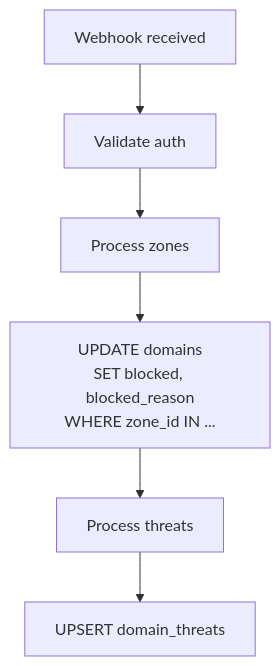
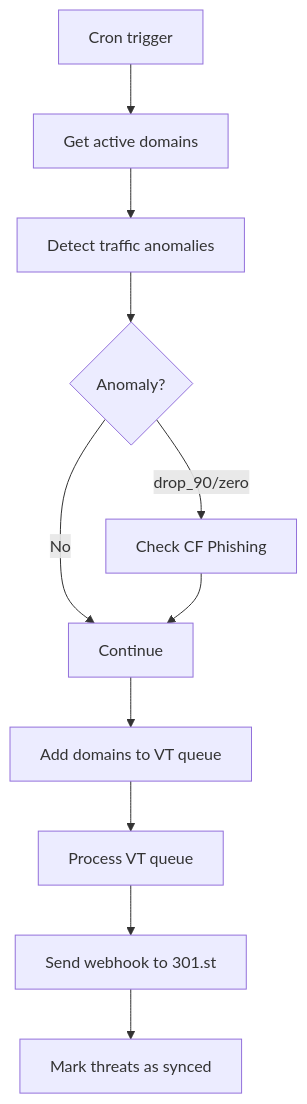
One commit to admin310st/301 changed the third of 3 diagrams in wiki/Health_Check.md. Above: the diagram before and after it, drawn with Mermaid. The commit also changed other lines of this file and 1 other file, not shown here.

````diff
--- a/wiki/Health_Check.md
+++ b/wiki/Health_Check.md
@@ -428,8 +272,13 @@
 ```mermaid
 flowchart TB
-    A[Webhook received] --> B[Validate auth]
-    B --> C[Process zones]
-    C --> D[UPDATE domains<br>SET blocked, blocked_reason<br>WHERE zone_id IN ...]
-    D --> E[Process threats]
-    E --> F[UPSERT domain_threats]
+    A[Cron trigger] --> B[Get active domains]
+    B --> C[Detect traffic anomalies]
+    C --> D{Anomaly?}
+    D -->|drop_90/zero| E[Check CF Phishing]
+    D -->|No| F[Continue]
+    E --> F
+    F --> G[Add domains to VT queue]
+    G --> H[Process VT queue]
+    H --> I[Send webhook to 301.st]
+    I --> J[Mark threats as synced]
 ```
````
